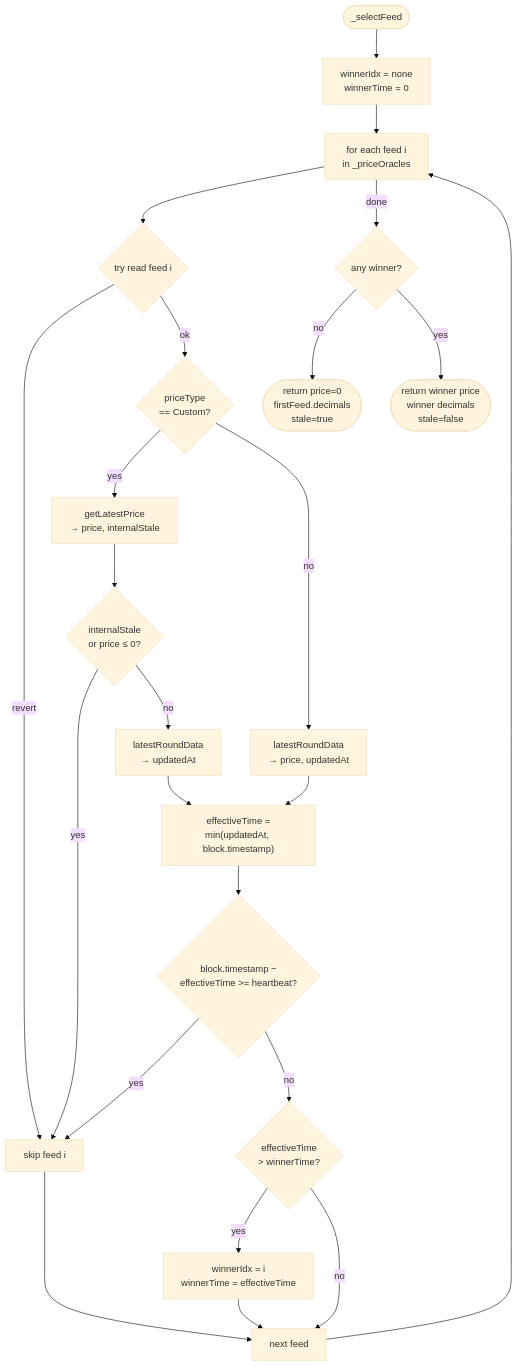
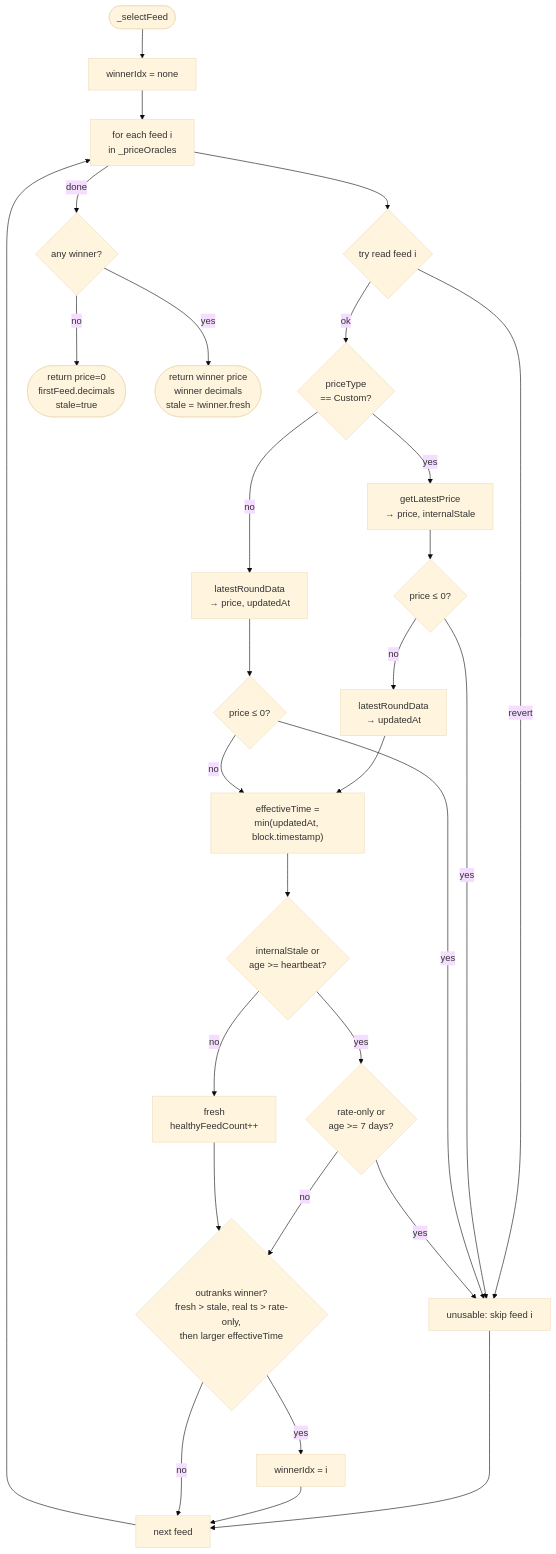
The second of 2 diagrams in src/prices/PRICE_ADAPTERS.md (karpatkey/onchain-accounting), drawn with Mermaid (base theme) before and after one commit. The commit also changed other lines of this file and 7 other files, not shown here.

Commit message:
docs(prices): sweep stale-pricing docs to ADR 0029 (best-available, 7-day cap, QuoteAssetUnpriceable) (#351)

````diff
--- a/src/prices/PRICE_ADAPTERS.md
+++ b/src/prices/PRICE_ADAPTERS.md
@@ -58,33 +58,38 @@
 ```mermaid
 flowchart TD
-    START([_selectFeed]) --> INIT[winnerIdx = none<br/>winnerTime = 0]
+    START([_selectFeed]) --> INIT[winnerIdx = none]
     INIT --> LOOP[for each feed i<br/>in _priceOracles]
 
     LOOP --> TRY{try read feed i}
-    TRY -- revert --> SKIP[skip feed i]
+    TRY -- revert --> SKIP[unusable: skip feed i]
     SKIP --> NEXT
 
     TRY -- ok --> CUSTOM{priceType<br/>== Custom?}
 
     CUSTOM -- yes --> CG[getLatestPrice<br/>→ price, internalStale]
-    CG --> CK1{internalStale<br/>or price ≤ 0?}
+    CG --> CK1{price ≤ 0?}
     CK1 -- yes --> SKIP
     CK1 -- no --> CLR[latestRoundData<br/>→ updatedAt]
     CLR --> CLAMP
 
     CUSTOM -- no --> AV3[latestRoundData<br/>→ price, updatedAt]
-    AV3 --> CLAMP
+    AV3 --> CK2{price ≤ 0?}
+    CK2 -- yes --> SKIP
+    CK2 -- no --> CLAMP
 
     CLAMP["effectiveTime =<br/>min(updatedAt, block.timestamp)"]
-    CLAMP --> STALE_GATE{"block.timestamp −<br/>effectiveTime >= heartbeat?"}
-    STALE_GATE -- yes --> SKIP
-    STALE_GATE -- no --> FRESH{effectiveTime<br/>> winnerTime?}
-    FRESH -- yes --> UPDATE[winnerIdx = i<br/>winnerTime = effectiveTime]
+    CLAMP --> STALE_GATE{"internalStale or<br/>age >= heartbeat?"}
+    STALE_GATE -- no --> HEALTHY[fresh<br/>healthyFeedCount++]
+    STALE_GATE -- yes --> CAP{"rate-only or<br/>age >= 7 days?"}
+    CAP -- yes --> SKIP
+    CAP -- no --> RANK
+    HEALTHY --> RANK{"outranks winner?<br/>fresh > stale, real ts > rate-only,<br/>then larger effectiveTime"}
+    RANK -- yes --> UPDATE[winnerIdx = i]
     UPDATE --> NEXT
-    FRESH -- no --> NEXT[next feed]
+    RANK -- no --> NEXT[next feed]
     NEXT --> LOOP
 
     LOOP -- done --> WINNER{any winner?}
-    WINNER -- no --> ALLSTALE([return price=0<br/>firstFeed.decimals<br/>stale=true])
-    WINNER -- yes --> RETURN([return winner price<br/>winner decimals<br/>stale=false])
+    WINNER -- no --> NONE([return price=0<br/>firstFeed.decimals<br/>stale=true])
+    WINNER -- yes --> RETURN([return winner price<br/>winner decimals<br/>stale = !winner.fresh])
 ```
````
